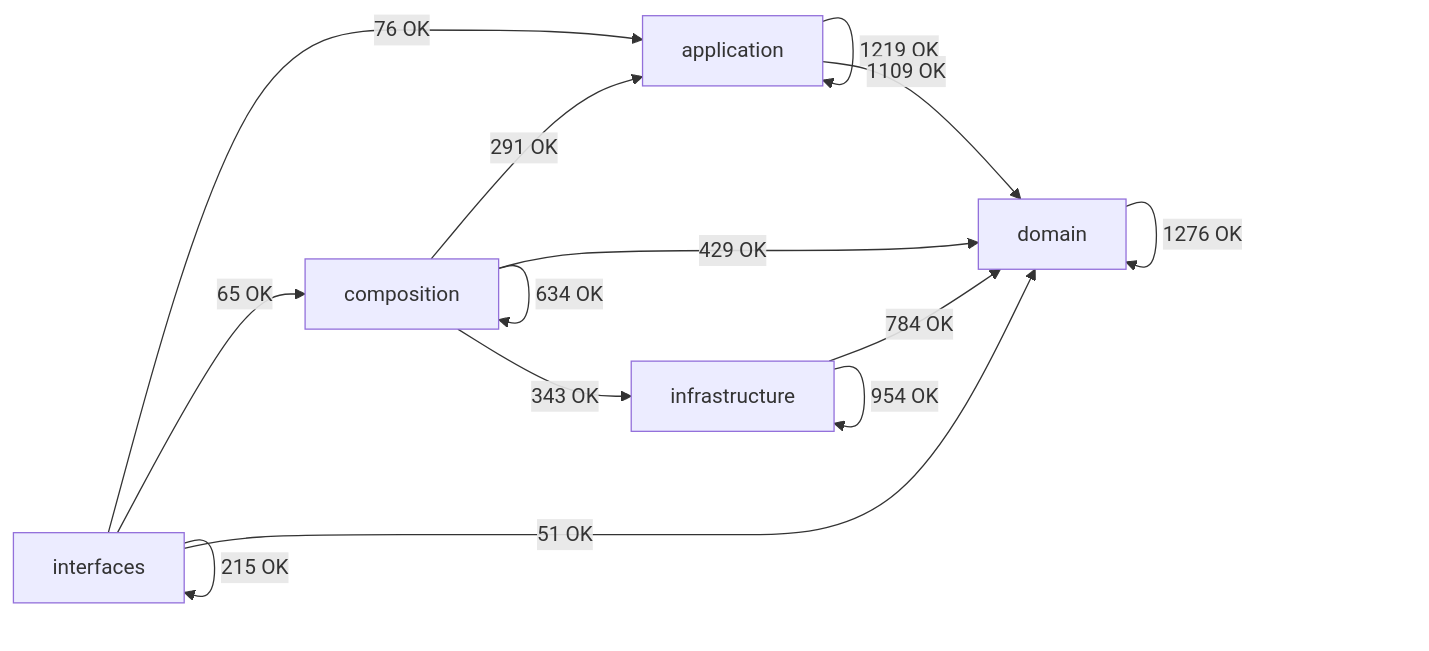
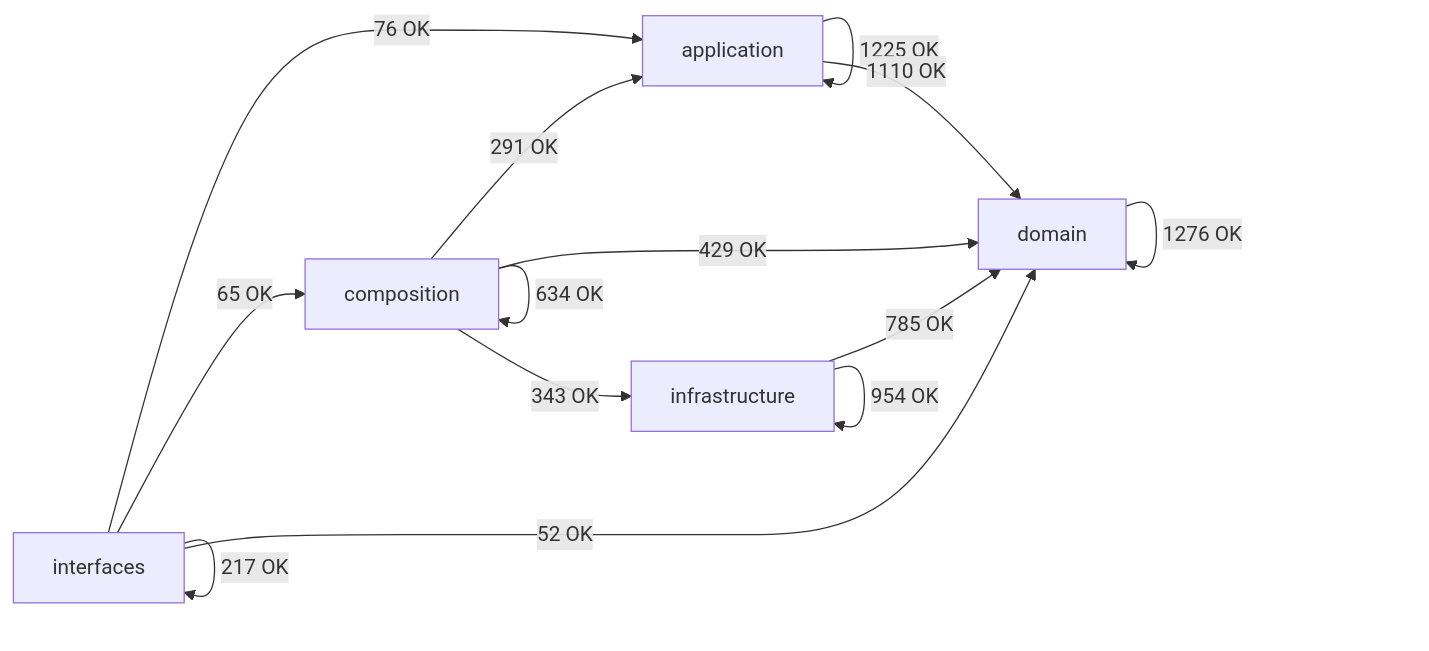
One commit to SatoryKono/BioactivityDataAcquisition changed the diagram in docs/02-architecture/generated/module-dependency-map.md. Above: the diagram before and after it, drawn with Mermaid. The commit also changed other lines of this file and 81 other files, not shown here.

````diff
--- a/docs/02-architecture/generated/module-dependency-map.md
+++ b/docs/02-architecture/generated/module-dependency-map.md
@@ -17,21 +17,21 @@
 ```mermaid
 flowchart LR
     domain[domain]
     application[application]
     infrastructure[infrastructure]
     composition[composition]
     interfaces[interfaces]
-    application -->|1219 OK| application
-    application -->|1109 OK| domain
+    application -->|1225 OK| application
+    application -->|1110 OK| domain
     composition -->|291 OK| application
     composition -->|634 OK| composition
     composition -->|429 OK| domain
     composition -->|343 OK| infrastructure
     domain -->|1276 OK| domain
-    infrastructure -->|784 OK| domain
+    infrastructure -->|785 OK| domain
     infrastructure -->|954 OK| infrastructure
     interfaces -->|76 OK| application
     interfaces -->|65 OK| composition
-    interfaces -->|51 OK| domain
-    interfaces -->|215 OK| interfaces
+    interfaces -->|52 OK| domain
+    interfaces -->|217 OK| interfaces
 ```
````
